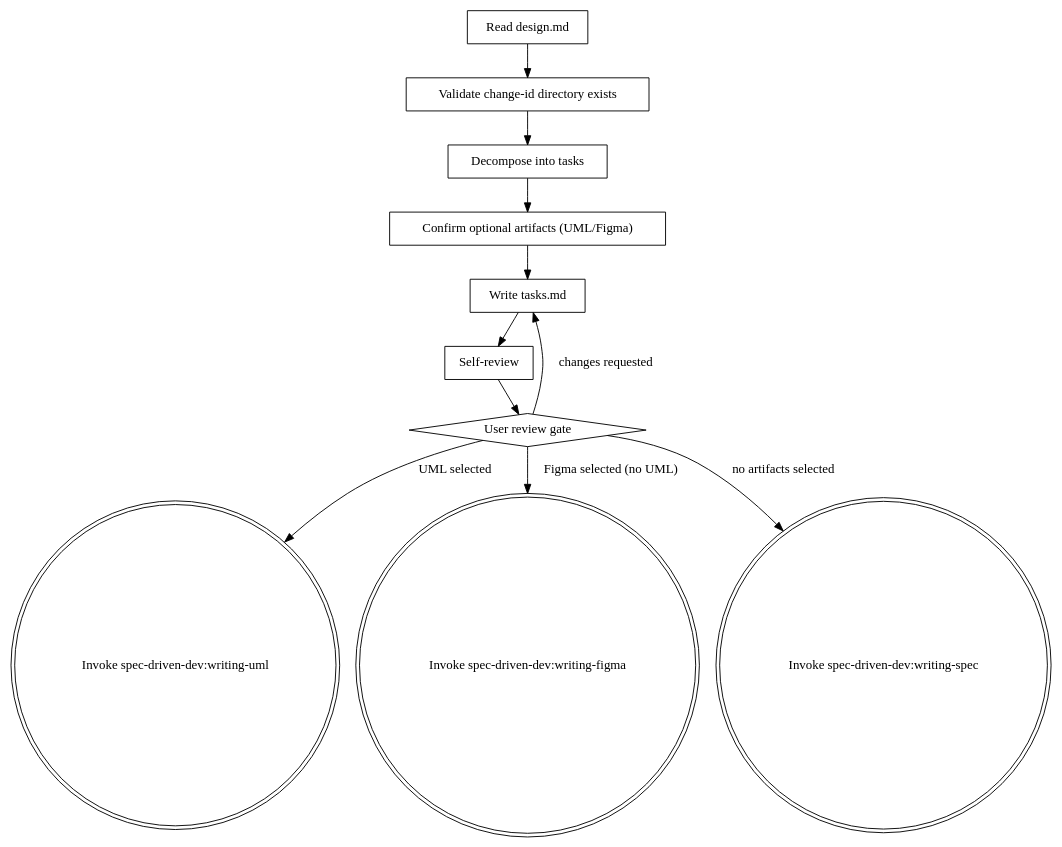
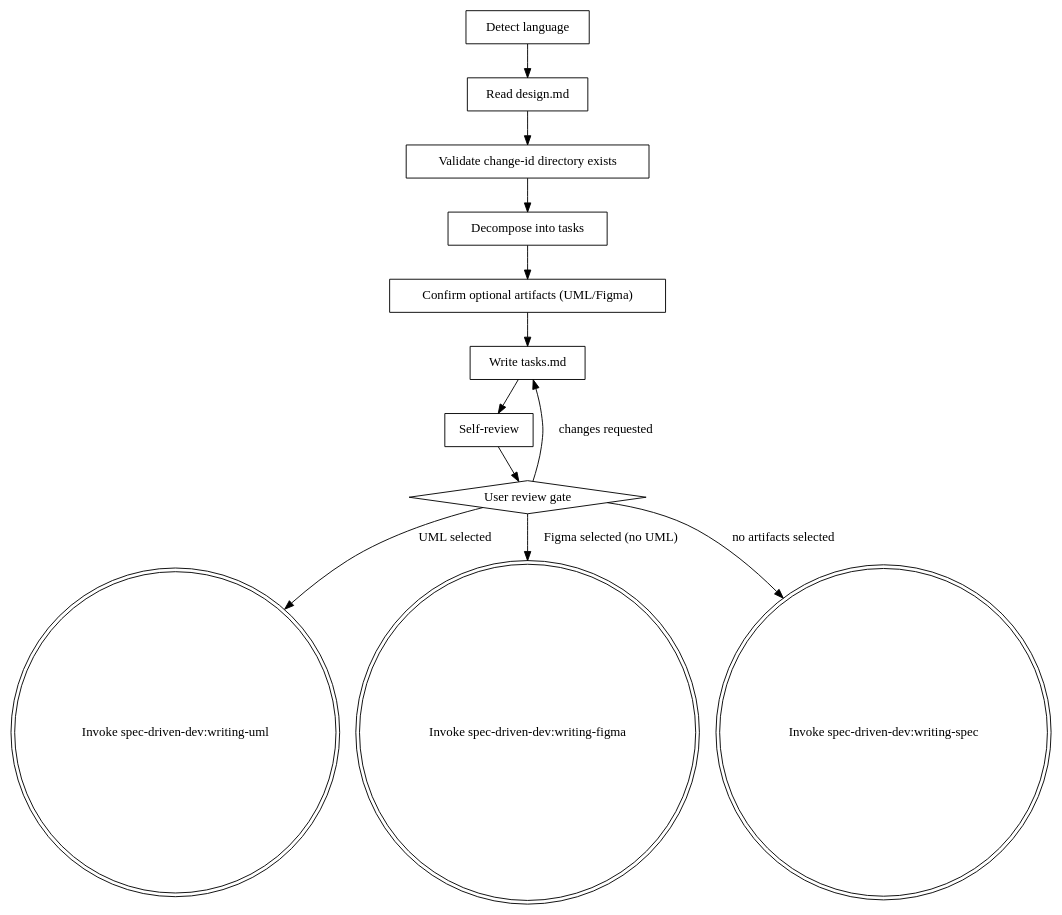
One commit to BIBIOTA/yuki-marketplace changed the diagram in plugins/spec-driven-dev/skills/writing-plans/SKILL.md. Above: the diagram before and after it, drawn with Graphviz. The commit also changed other lines of this file, not shown here.

````diff
--- a/plugins/spec-driven-dev/skills/writing-plans/SKILL.md
+++ b/plugins/spec-driven-dev/skills/writing-plans/SKILL.md
@@ -51,27 +51,29 @@
 ```dot
 digraph writing_plans {
     rankdir=TB;
 
+    "Detect language" [shape=box];
     "Read design.md" [shape=box];
     "Validate change-id directory exists" [shape=box];
     "Decompose into tasks" [shape=box];
     "Confirm optional artifacts (UML/Figma)" [shape=box];
     "Write tasks.md" [shape=box];
     "Self-review" [shape=box];
     "User review gate" [shape=diamond];
     "Invoke spec-driven-dev:writing-uml" [shape=doublecircle];
     "Invoke spec-driven-dev:writing-figma" [shape=doublecircle];
     "Invoke spec-driven-dev:writing-spec" [shape=doublecircle];
 
+    "Detect language" -> "Read design.md";
     "Read design.md" -> "Validate change-id directory exists";
     "Validate change-id directory exists" -> "Decompose into tasks";
     "Decompose into tasks" -> "Confirm optional artifacts (UML/Figma)";
     "Confirm optional artifacts (UML/Figma)" -> "Write tasks.md";
     "Write tasks.md" -> "Self-review";
     "Self-review" -> "User review gate";
     "User review gate" -> "Write tasks.md" [label="changes requested"];
     "User review gate" -> "Invoke spec-driven-dev:writing-uml" [label="UML selected"];
     "User review gate" -> "Invoke spec-driven-dev:writing-figma" [label="Figma selected (no UML)"];
     "User review gate" -> "Invoke spec-driven-dev:writing-spec" [label="no artifacts selected"];
 }
 ```
````
